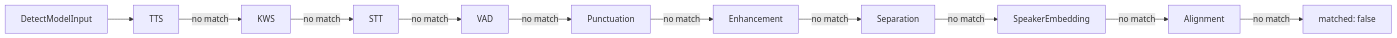
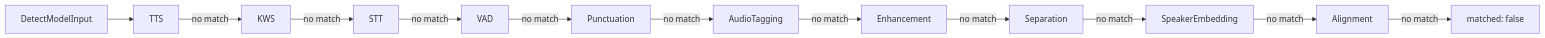
The third of 3 diagrams in docs/model-detect.md (XDcobra/react-native-sherpa-onnx), drawn with Mermaid before and after one commit. The commit also changed other lines of this file and 4 other files, not shown here.

First line of the commit message:
docs: wire audio tagging into setup, detect, and pipeline indexes

````diff
--- a/docs/model-detect.md
+++ b/docs/model-detect.md
@@ -325,13 +326,14 @@
 ```mermaid
 flowchart LR
   input["DetectModelInput"] --> tts[TTS]
   tts -->|no match| kws[KWS]
   kws -->|no match| stt[STT]
   stt -->|no match| vad[VAD]
   vad -->|no match| punct[Punctuation]
-  punct -->|no match| enh[Enhancement]
+  punct -->|no match| audiotagging[AudioTagging]
+  audiotagging -->|no match| enh[Enhancement]
   enh -->|no match| sep[Separation]
   sep -->|no match| sid[SpeakerEmbedding]
   sid -->|no match| align[Alignment]
   align -->|no match| none["matched: false"]
 ```
````
